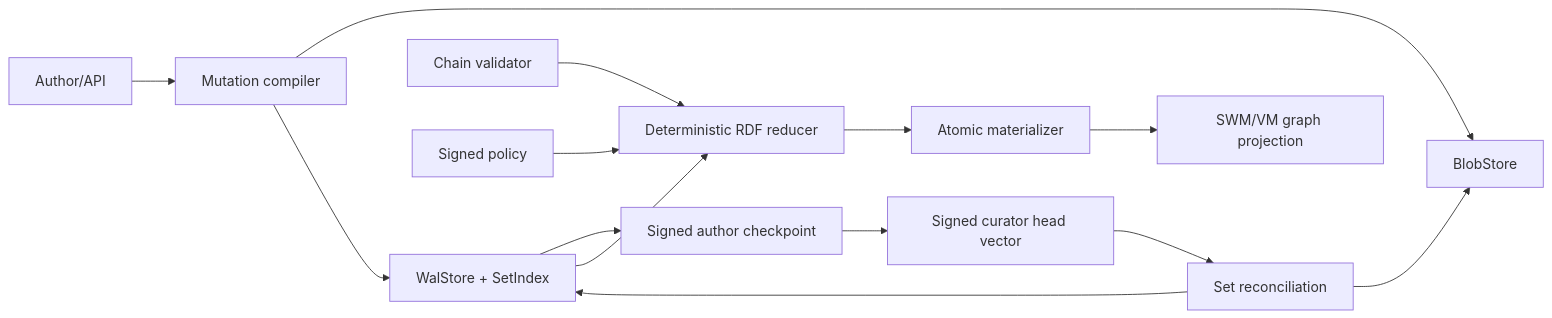
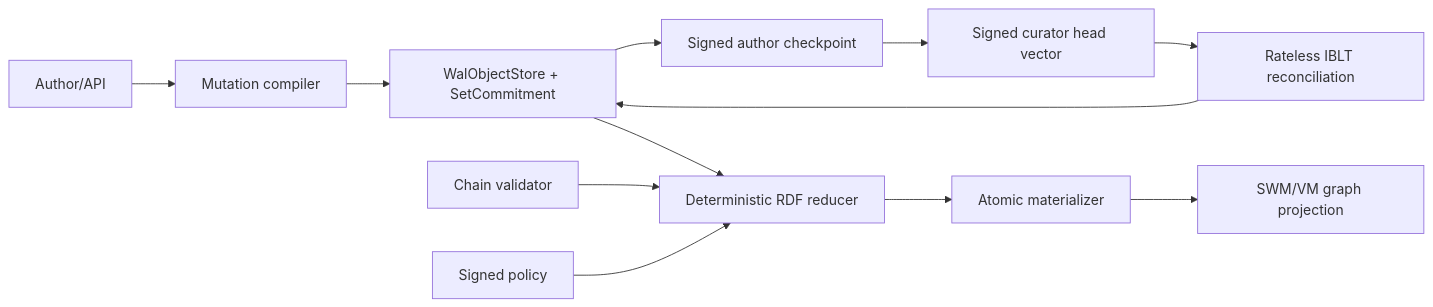
One commit to OriginTrail/dkg changed the first of 7 diagrams in docs/active-now/wal-parallel-protocol-task-pack/OT-RFC-65-wal-byte-set-reconciliation-sync.md. Above: the diagram before and after it, drawn with Mermaid. The commit also changed other lines of this file and 4 other files, not shown here.

Commit message:
Adopt rateless IBLT reconciliation tasks

````diff
--- a/docs/active-now/wal-parallel-protocol-task-pack/OT-RFC-65-wal-byte-set-reconciliation-sync.md
+++ b/docs/active-now/wal-parallel-protocol-task-pack/OT-RFC-65-wal-byte-set-reconciliation-sync.md
@@ -131,16 +139,14 @@
 ```mermaid
 flowchart LR
   A[Author/API] --> C[Mutation compiler]
-  C --> B[BlobStore]
-  C --> W[WalStore + SetIndex]
+  C --> W[WalObjectStore + SetCommitment]
   W --> H[Signed author checkpoint]
   H --> V[Signed curator head vector]
-  V --> R[Set reconciliation]
-  R --> B
+  V --> R[Rateless IBLT reconciliation]
   R --> W
   W --> D[Deterministic RDF reducer]
   D --> M[Atomic materializer]
   M --> G[SWM/VM graph projection]
   X[Chain validator] --> D
   P[Signed policy] --> D
 ```
````
